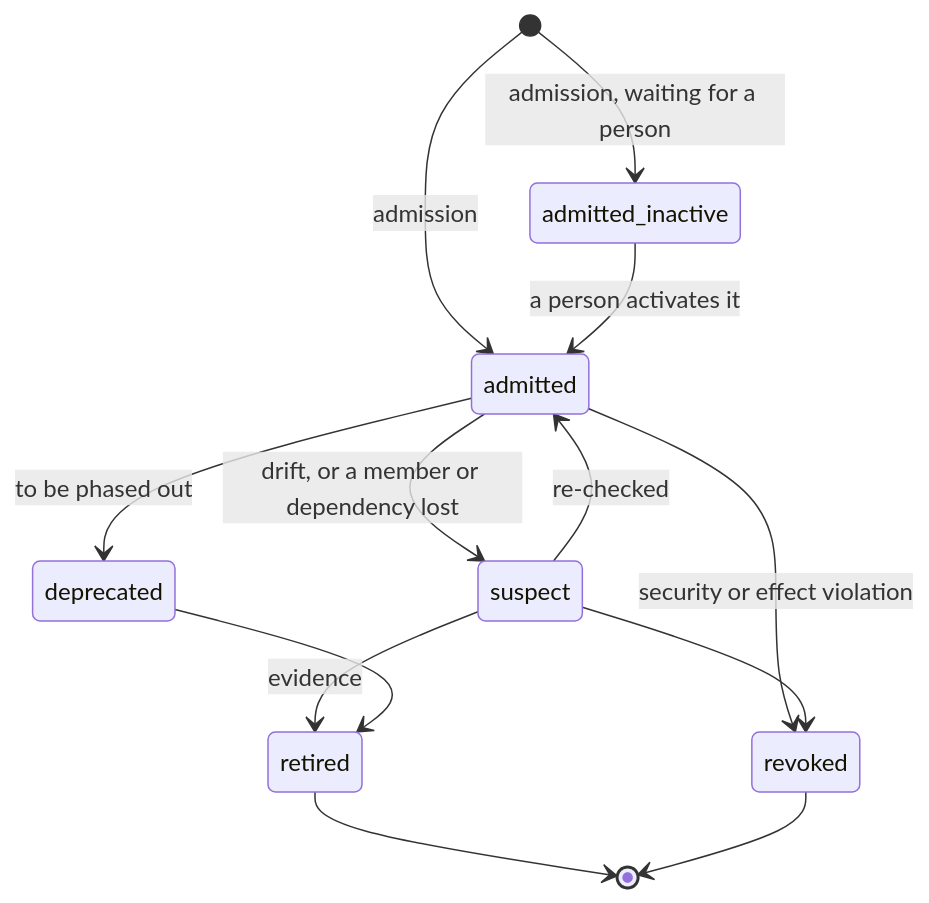
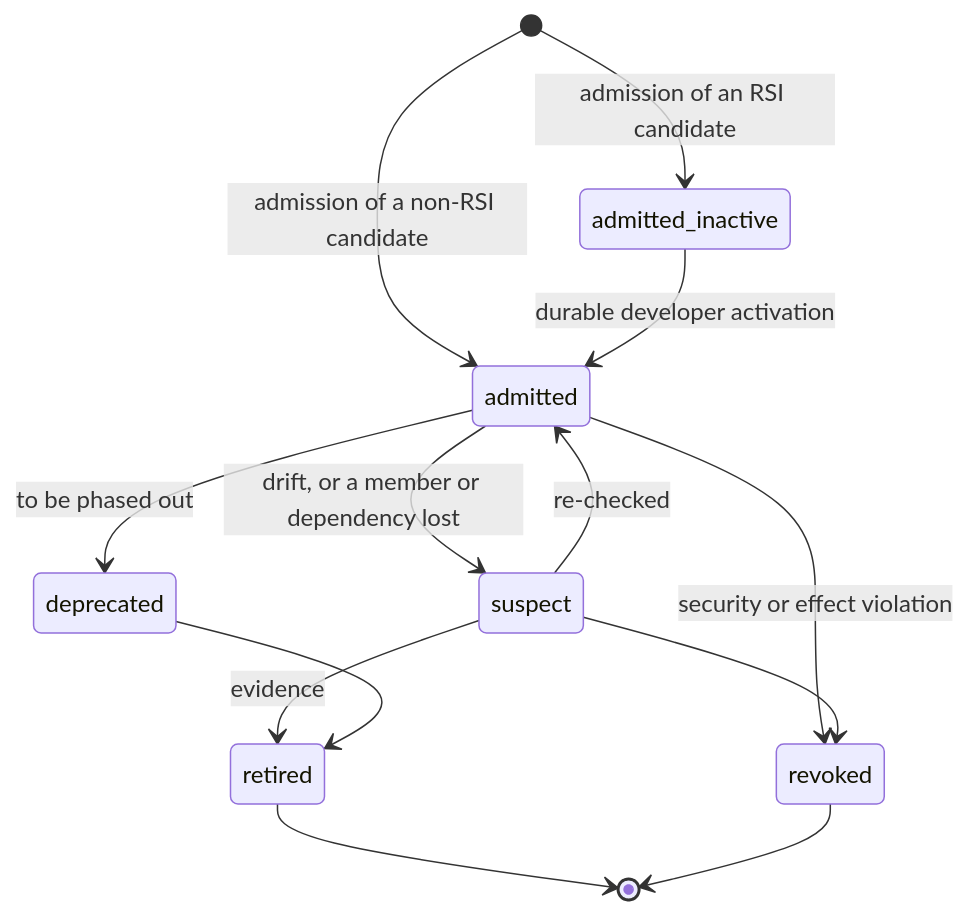
The third of 4 diagrams in docs/architecture/capsule/library.md (Stellven/jiuwenswarm), drawn with Mermaid before and after one commit. The commit also changed other lines of this file and 122 other files, not shown here.

First line of the commit message:
Architecture vault: full M1 PRD pass, contracts, and capsule inventory proposal

````diff
--- a/docs/architecture/capsule/library.md
+++ b/docs/architecture/capsule/library.md
@@ -78,15 +74,15 @@
 ```mermaid
 stateDiagram-v2
-    [*] --> admitted: admission
-    [*] --> admitted_inactive: admission, waiting for a person
-    admitted_inactive --> admitted: a person activates it
+    [*] --> admitted: admission of a non-RSI candidate
+    [*] --> admitted_inactive: admission of an RSI candidate
+    admitted_inactive --> admitted: durable developer activation
     admitted --> suspect: drift, or a member or dependency lost
     suspect --> admitted: re-checked
     admitted --> deprecated: to be phased out
     suspect --> retired: evidence
     deprecated --> retired
     admitted --> revoked: security or effect violation
     suspect --> revoked
     retired --> [*]
     revoked --> [*]
 ```
````
